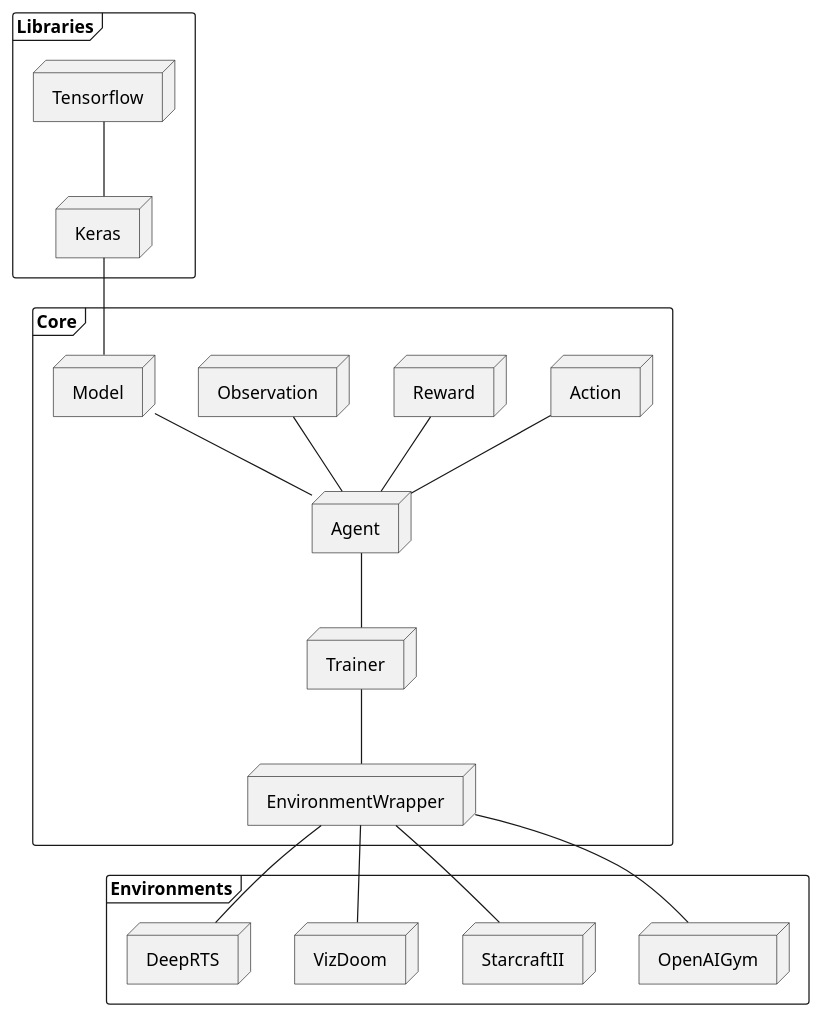
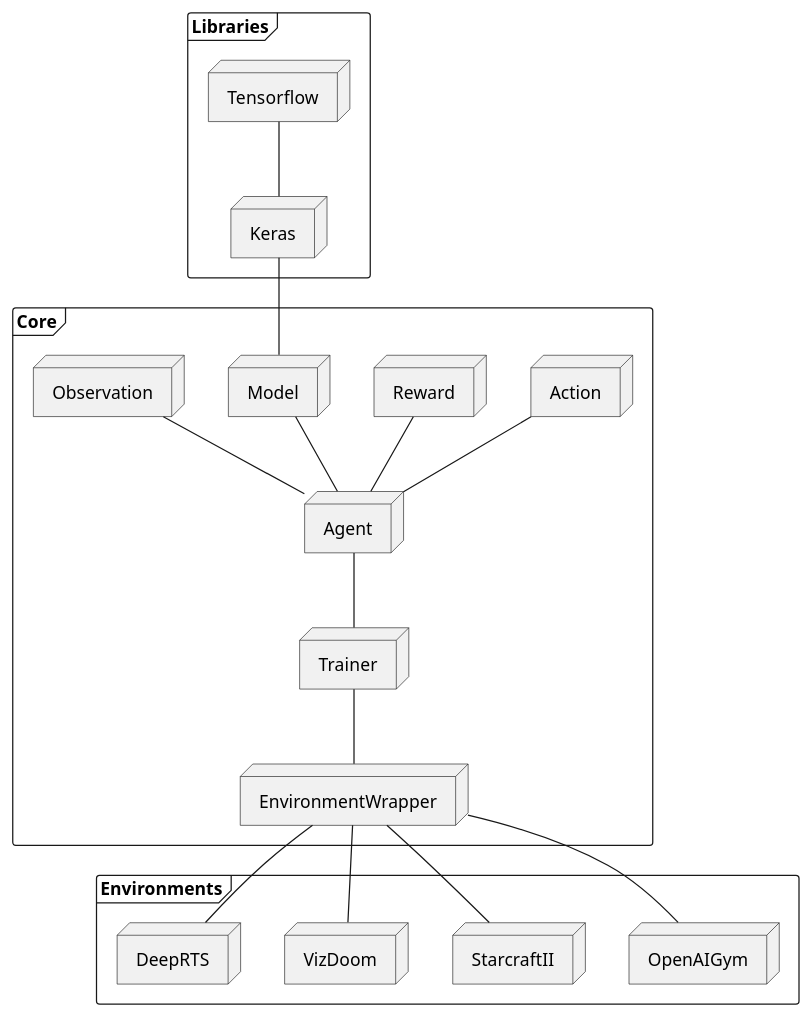
Before and after one commit to marcocspc/URNAI-Tools: the diagram in docs/diagrams/source/arch.wsd, drawn with PlantUML. The commit also changed other lines of this file and 1 other file, not shown here.

```diff
--- a/docs/diagrams/source/arch.wsd
+++ b/docs/diagrams/source/arch.wsd
@@ -1,44 +1,44 @@
 @startuml
 ' Allow elements from other diagrams to be mixed here.
 ' In this case I mix "frame" from class diagram and "node" from deployment diagram.
 allow_mixing
 
 ' Agent part.
 frame Core {
 	node Agent
 	node Observation
 	node Reward
 	node Model
 	node Action
 	node EnvironmentWrapper
     node Trainer
 }
 
 ' Environment Part
 frame Environments {
 	node OpenAIGym
     node StarcraftII
     node VizDoom
     node DeepRTS
 }
 
 frame Libraries {
     node Keras
     node Tensorflow
 }
 
 ' Connections between nodes
+Agent -up- Observation
 Keras -up- Tensorflow 
 Model -up- Keras
 Agent -up- Model
-Agent -up- Observation
 Agent -up- Reward
 Agent -up- Action
 Agent -down- Trainer 
 Trainer -down- EnvironmentWrapper
 EnvironmentWrapper -down- OpenAIGym 
 EnvironmentWrapper -down- StarcraftII 
 EnvironmentWrapper -down- VizDoom 
 EnvironmentWrapper -down- DeepRTS 
 
 @enduml
```
